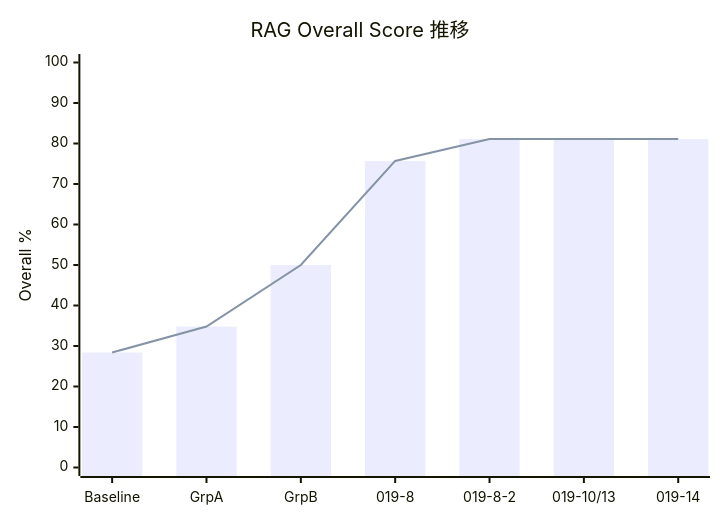
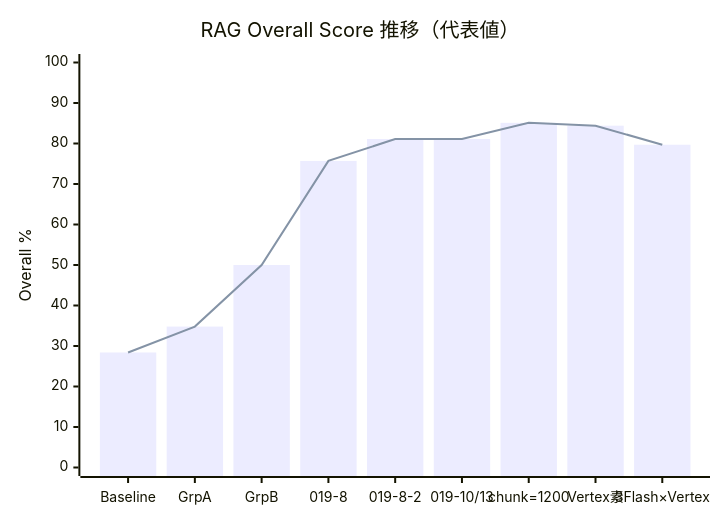
The first of 2 diagrams in doc/record/rag_improvement_history.md (ishimori/poc_rag_gcp_public), drawn with Mermaid before and after one commit. The commit also changed other lines of this file and 2 other files, not shown here.

````diff
--- a/doc/record/rag_improvement_history.md
+++ b/doc/record/rag_improvement_history.md
@@ -23,8 +23,8 @@
 ```mermaid
 xychart-beta
-    title "RAG Overall Score 推移"
-    x-axis ["Baseline", "GrpA", "GrpB", "019-8", "019-8-2", "019-10/13", "019-14"]
+    title "RAG Overall Score 推移（代表値）"
+    x-axis ["Baseline", "GrpA", "GrpB", "019-8", "019-8-2", "019-10/13", "chunk=1200", "Vertex素", "3Flash×Vertex"]
     y-axis "Overall %" 0 --> 100
-    bar [28.4, 34.8, 50.0, 75.7, 81.1, 81.1, 81.1]
-    line [28.4, 34.8, 50.0, 75.7, 81.1, 81.1, 81.1]
+    bar [28.4, 34.8, 50.0, 75.7, 81.1, 81.1, 85.1, 84.4, 79.7]
+    line [28.4, 34.8, 50.0, 75.7, 81.1, 81.1, 85.1, 84.4, 79.7]
 ```
````
